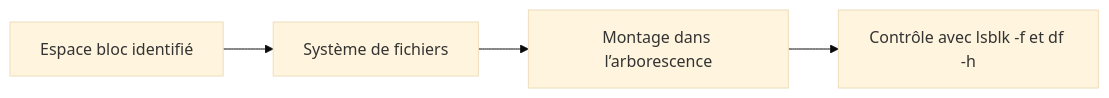
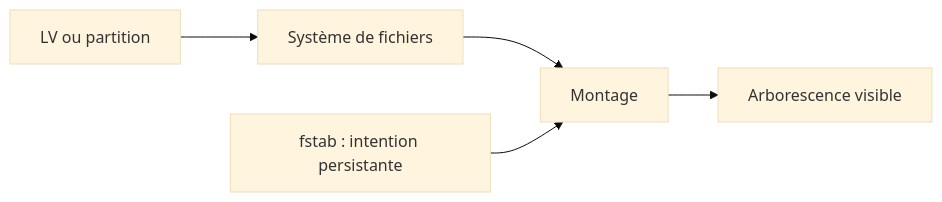
Before and after one commit to sk34pk25/tssr-cours: the diagram in docs/modules/05-administration-debian-gnu-linux/module-09-gestion-des-espaces-de-stockage-file-system.md, drawn with Mermaid (base theme). The commit also changed other lines of this file and 864 other files, not shown here.

````diff
--- a/docs/modules/05-administration-debian-gnu-linux/module-09-gestion-des-espaces-de-stockage-file-system.md
+++ b/docs/modules/05-administration-debian-gnu-linux/module-09-gestion-des-espaces-de-stockage-file-system.md
@@ -47,4 +85,5 @@
 ```mermaid
 flowchart LR
- B["Espace bloc identifié"] --> F["Système de fichiers"] --> M["Montage dans l’arborescence"] --> C["Contrôle avec lsblk -f et df -h"]
+ L["LV ou partition"] --> F["Système de fichiers"] --> M["Montage"] --> A["Arborescence visible"]
+ E["fstab : intention persistante"] --> M
 ```
````
